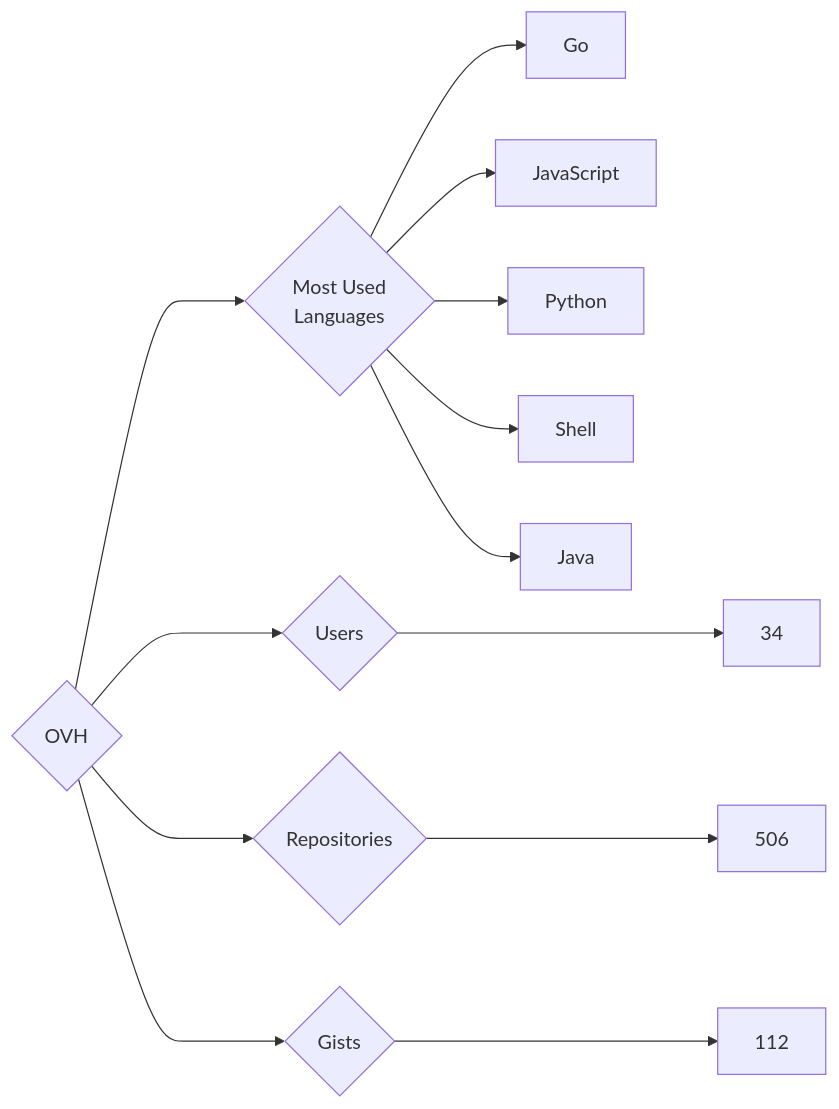
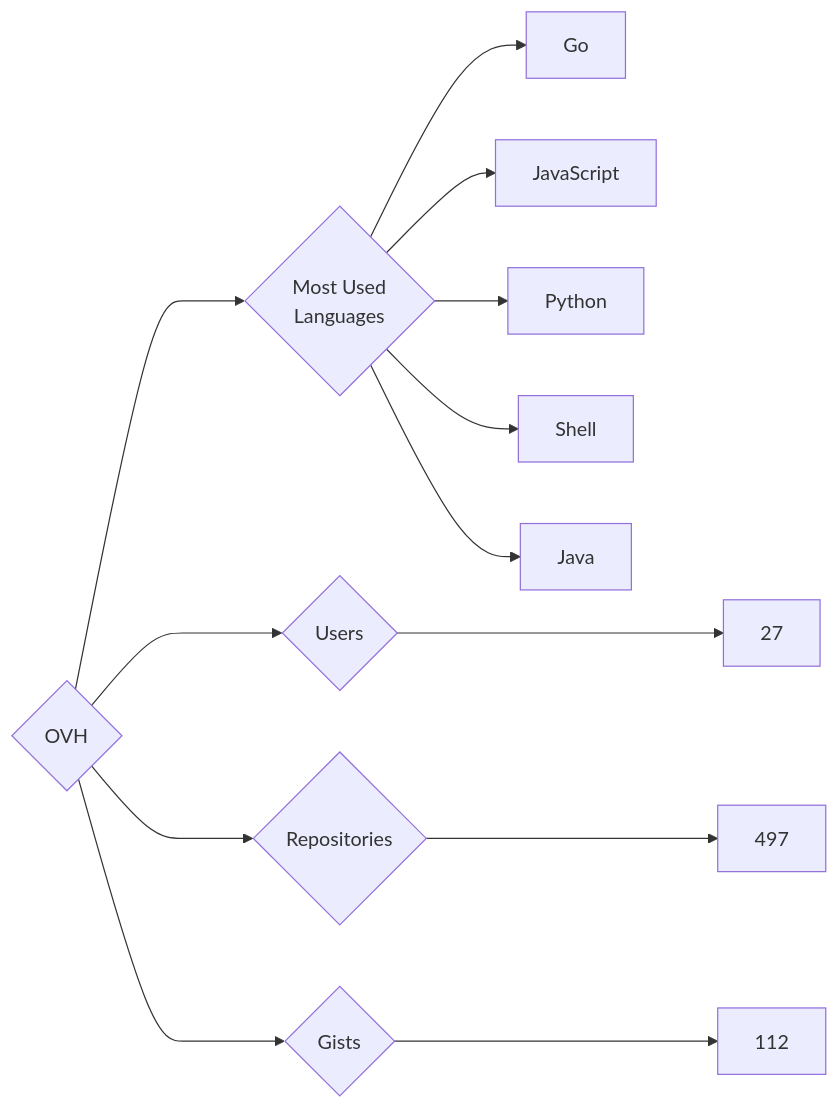
Before and after one commit to trickest/insiders: the diagram in targets/OVH/README.md, drawn with Mermaid. The commit also changed 695 other files, not shown here.

````diff
--- a/targets/OVH/README.md
+++ b/targets/OVH/README.md
@@ -3,13 +3,13 @@
 ```mermaid
 graph LR
 COMPANY_NAME{OVH}
-COMPANY_NAME ---> U{Users} ---> UN[34]
-COMPANY_NAME ---> R{Repositories} ---> RN[506]
+COMPANY_NAME ---> U{Users} ---> UN[27]
+COMPANY_NAME ---> R{Repositories} ---> RN[497]
 COMPANY_NAME ---> G{Gists} ---> GN[112]
 COMPANY_NAME ---> ML{Most Used<br>Languages}
 ML --> Go[Go]
 ML --> JavaScript[JavaScript]
 ML --> Python[Python]
 ML --> Shell[Shell]
 ML --> Java[Java]
 ```
````
